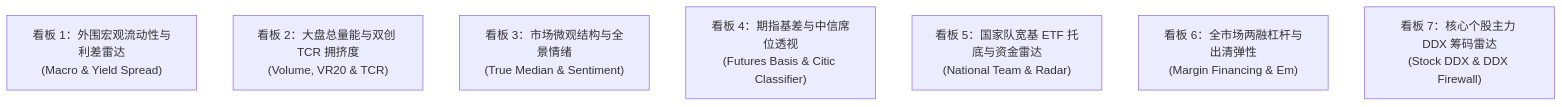
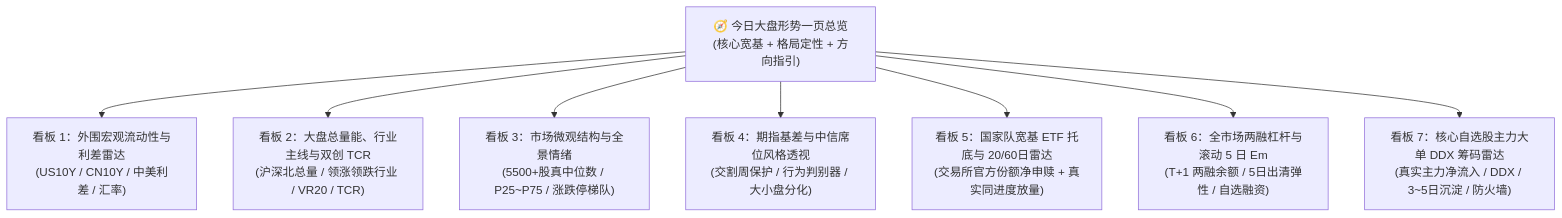
The diagram in skills/ashare-quant-review/SKILL.md (ILoveMyJay/fantasy-things), drawn with Mermaid before and after one commit. The commit also changed other lines of this file and 13 other files, not shown here.

````diff
--- a/skills/ashare-quant-review/SKILL.md
+++ b/skills/ashare-quant-review/SKILL.md
@@ -55,10 +57,12 @@
 ```mermaid
 graph TD
-    KB1["看板 1：外围宏观流动性与利差雷达<br/>(Macro & Yield Spread)"]
-    KB2["看板 2：大盘总量能与双创 TCR 拥挤度<br/>(Volume, VR20 & TCR)"]
-    KB3["看板 3：市场微观结构与全景情绪<br/>(True Median & Sentiment)"]
-    KB4["看板 4：期指基差与中信席位透视<br/>(Futures Basis & Citic Classifier)"]
-    KB5["看板 5：国家队宽基 ETF 托底与资金雷达<br/>(National Team & Radar)"]
-    KB6["看板 6：全市场两融杠杆与出清弹性<br/>(Margin Financing & Em)"]
-    KB7["看板 7：核心个股主力 DDX 筹码雷达<br/>(Stock DDX & DDX Firewall)"]
+    TOP["🧭 今日大盘形势一页总览<br/>(核心宽基 + 格局定性 + 方向指引)"]
+    KB1["看板 1：外围宏观流动性与利差雷达<br/>(US10Y / CN10Y / 中美利差 / 汇率)"]
+    KB2["看板 2：大盘总量能、行业主线与双创 TCR<br/>(沪深北总量 / 领涨领跌行业 / VR20 / TCR)"]
+    KB3["看板 3：市场微观结构与全景情绪<br/>(5500+股真中位数 / P25~P75 / 涨跌停梯队)"]
+    KB4["看板 4：期指基差与中信席位风格透视<br/>(交割周保护 / 行为判别器 / 大小盘分化)"]
+    KB5["看板 5：国家队宽基 ETF 托底与 20/60日雷达<br/>(交易所官方份额净申赎 + 真实同进度放量)"]
+    KB6["看板 6：全市场两融杠杆与滚动 5 日 Em<br/>(T+1 两融余额 / 5日出清弹性 / 自选融资)"]
+    KB7["看板 7：核心自选股主力大单 DDX 筹码雷达<br/>(真实主力净流入 / DDX / 3~5日沉淀 / 防火墙)"]
+    TOP --> KB1 & KB2 & KB3 & KB4 & KB5 & KB6 & KB7
 ```
````
